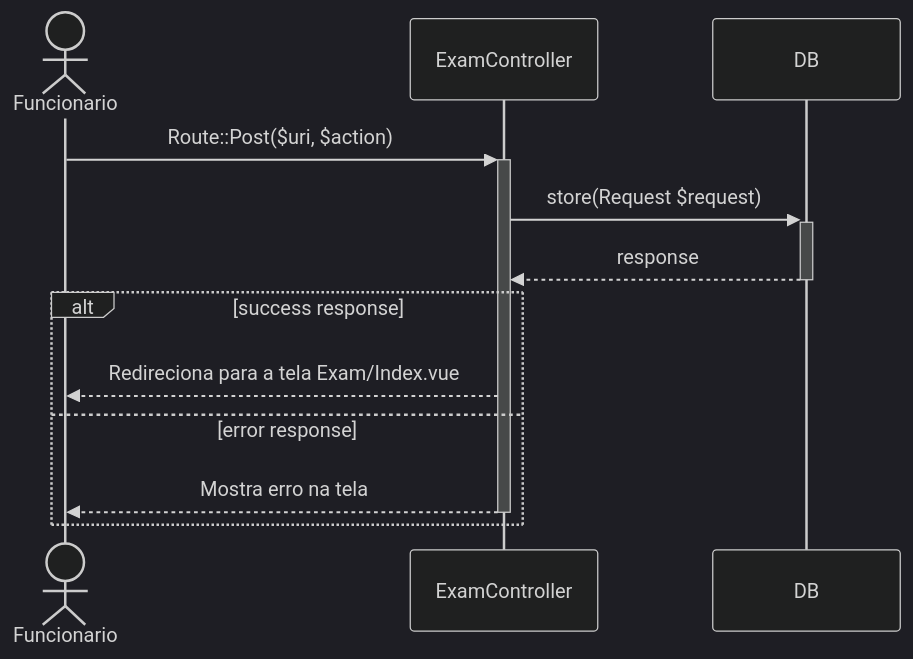
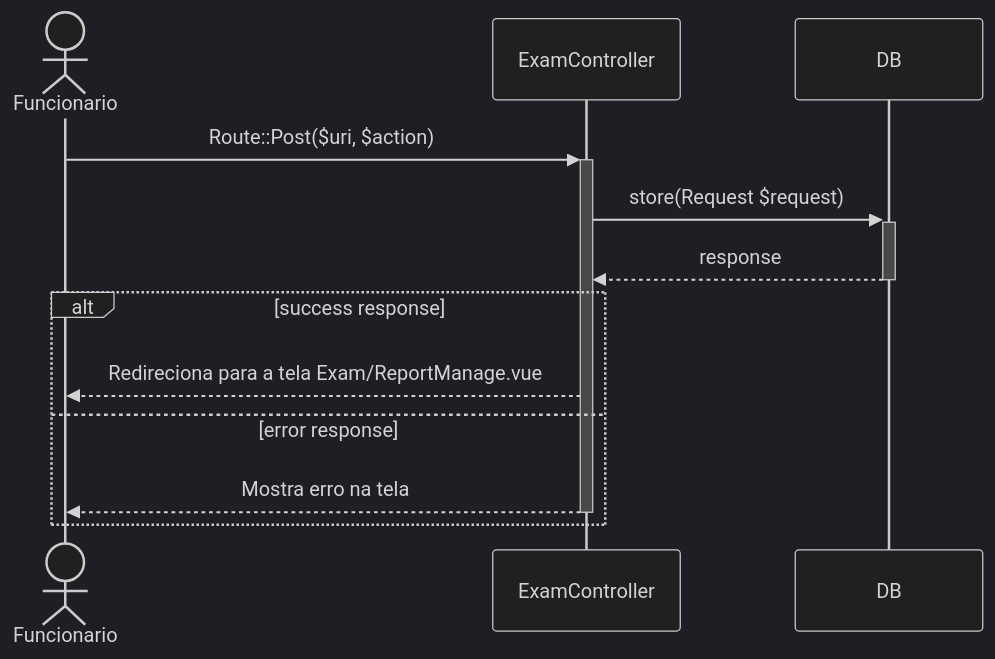
One commit to UniFil-NPI/ProjetoAnalisesClinicas changed the first of 4 diagrams in docs/diagramas_de_sequencia/UC005_gerenciar_laudo.md. Above: the diagram before and after it, drawn with Mermaid (dark theme). The commit also changed other lines of this file and 1 other file, not shown here.

Commit message:
diagramas de sequencia atualizados

````diff
--- a/docs/diagramas_de_sequencia/UC005_gerenciar_laudo.md
+++ b/docs/diagramas_de_sequencia/UC005_gerenciar_laudo.md
@@ -5,17 +7,17 @@
 ```mermaid
 sequenceDiagram
 
 actor Funcionario
 Funcionario->>+ExamController: Route::Post($uri, $action)
 
 ExamController->>+DB: store(Request $request)
 
 DB-->>-ExamController: response
 
 alt success response
-    ExamController-->>Funcionario: Redireciona para a tela Exam/Index.vue
+    ExamController-->>Funcionario: Redireciona para a tela Exam/ReportManage.vue
 else error response
     ExamController-->>-Funcionario: Mostra erro na tela
 end
 
 ```
````
